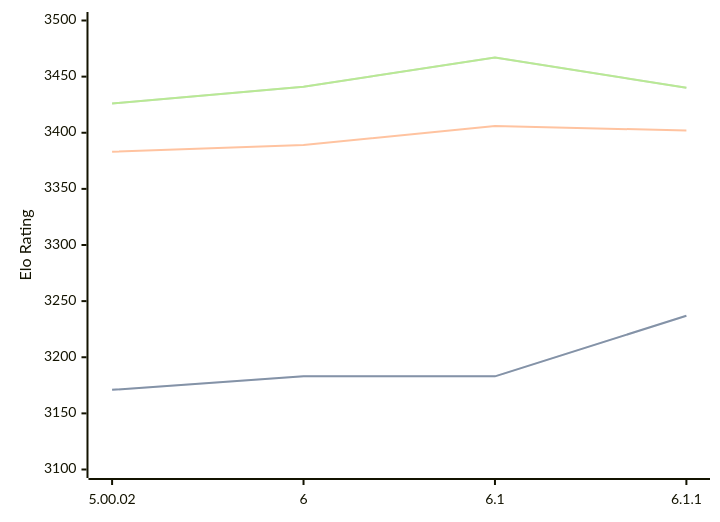
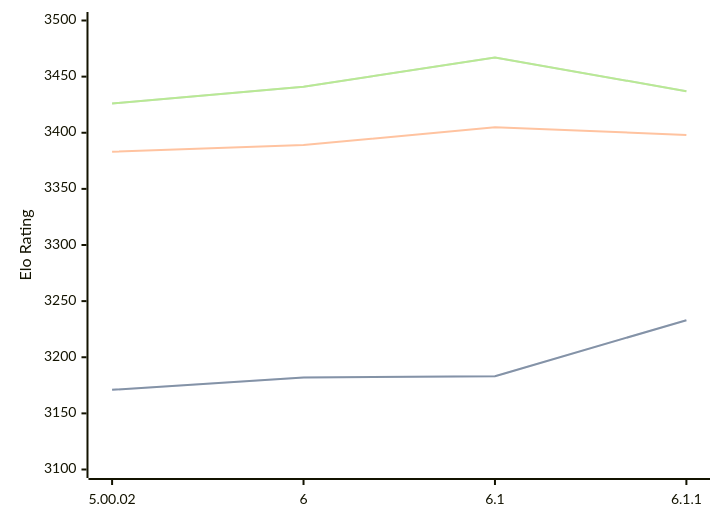
Before and after one commit to computer-chess-index/cci: the diagram in engines/Zangdar.md, drawn with Mermaid. The commit also changed other lines of this file, not shown here.

Commit message:
Update CCI Ratings (ELO VLTC) - 2026-03-18

````diff
--- a/engines/Zangdar.md
+++ b/engines/Zangdar.md
@@ -44,11 +44,11 @@
 ```mermaid
 %%{init: {"theme":"base","themeVariables":{"seriesColors:['#a3a3a3','#222221','#faa371']}}}%%
 xychart-beta
   x-axis ["5.00.02", "6", "6.1", "6.1.1"]
   y-axis "Elo Rating" 3100 --> 3500
-  line "STC (8.0+0.08s)" [3171, 3183, 3183, 3237]
-  line "STC (8.0+0.08s)" [3171, 3183, 3183, 3237]
-  line "LTC (60.0+0.60s)" [3383, 3389, 3406, 3402]
-  line "VLTC (2m24s+1.12s)" [3426, 3441, 3467, 3440]
-  line "VLTC (2m24s+1.12s)" [3426, 3441, 3467, 3440]
+  line "STC (8.0+0.08s)" [3171, 3182, 3183, 3233]
+  line "STC (8.0+0.08s)" [3171, 3182, 3183, 3233]
+  line "LTC (60.0+0.60s)" [3383, 3389, 3405, 3398]
+  line "VLTC (2m24s+1.12s)" [3426, 3441, 3467, 3437]
+  line "VLTC (2m24s+1.12s)" [3426, 3441, 3467, 3437]
 ```
````
